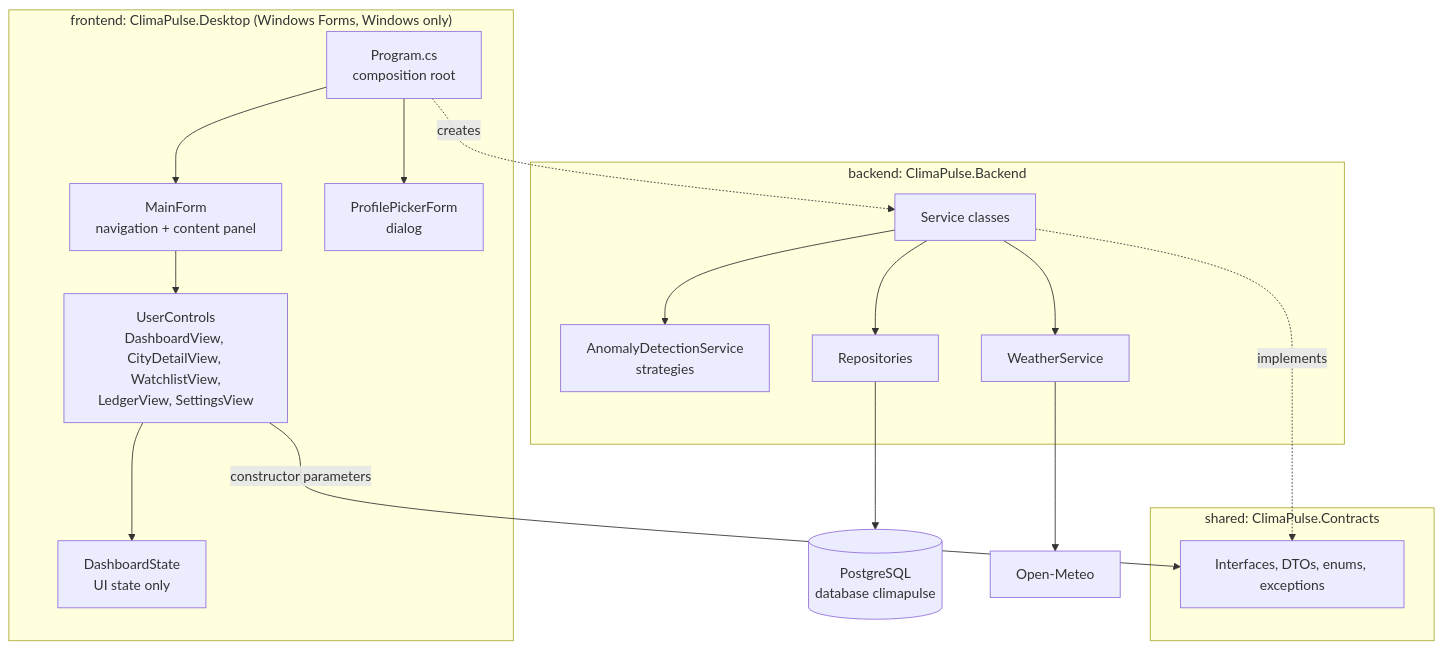
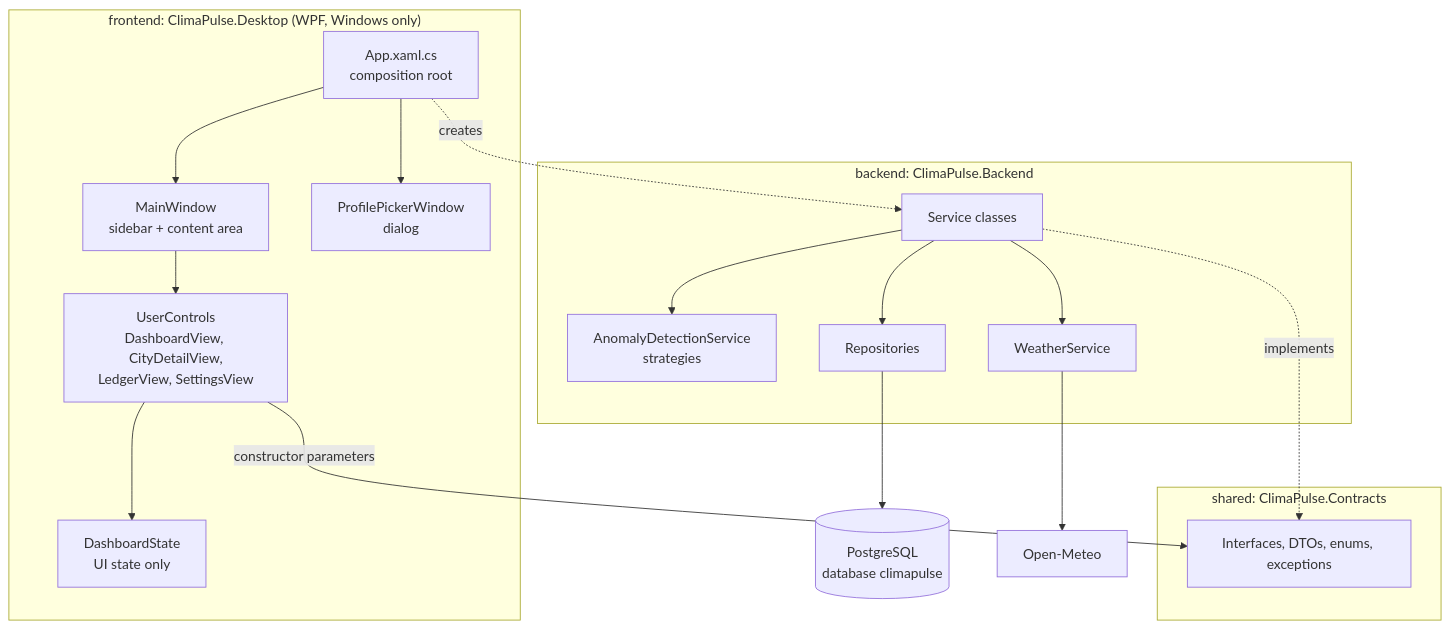
The diagram in docs/references-desktop-architecture.md (Nalen518/Junior-Project), drawn with Mermaid before and after one commit. The commit also changed other lines of this file and 9 other files, not shown here.

First line of the commit message:
docs: accept WPF for the desktop UI instead of Windows Forms

````diff
--- a/docs/references-desktop-architecture.md
+++ b/docs/references-desktop-architecture.md
@@ -57,22 +58,22 @@
 ```mermaid
 flowchart TB
-    subgraph Desktop["frontend: ClimaPulse.Desktop (Windows Forms, Windows only)"]
-        CR[Program.cs<br/>composition root] --> MF[MainForm<br/>navigation + content panel]
-        MF --> V[UserControls<br/>DashboardView, CityDetailView, WatchlistView,<br/>LedgerView, SettingsView]
-        CR --> PP[ProfilePickerForm<br/>dialog]
+    subgraph Desktop["frontend: ClimaPulse.Desktop (WPF, Windows only)"]
+        CR[App.xaml.cs<br/>composition root] --> MF[MainWindow<br/>sidebar + content area]
+        MF --> V[UserControls<br/>DashboardView, CityDetailView,<br/>LedgerView, SettingsView]
+        CR --> PP[ProfilePickerWindow<br/>dialog]
         V --> S[DashboardState<br/>UI state only]
     end
     subgraph Shared["shared: ClimaPulse.Contracts"]
         I[Interfaces, DTOs, enums, exceptions]
     end
     subgraph Backend["backend: ClimaPulse.Backend"]
         SV[Service classes] --> E[AnomalyDetectionService<br/>strategies]
         SV --> RP[Repositories]
         SV --> WS[WeatherService]
     end
     V -->|constructor parameters| I
     SV -.implements.-> I
     CR -.creates.-> SV
     RP --> DB[(PostgreSQL<br/>database climapulse)]
     WS --> OM[Open-Meteo]
 ```
````
